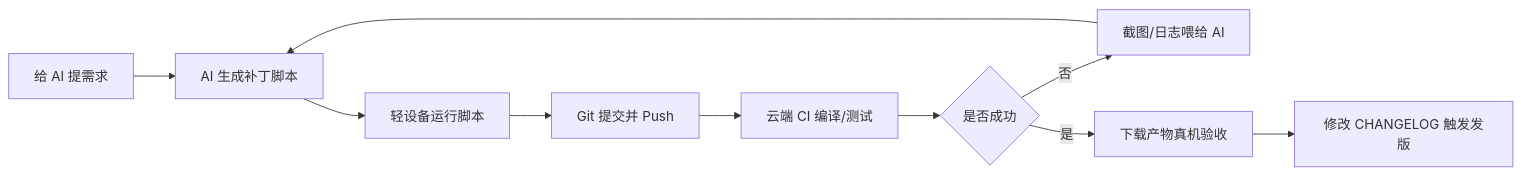
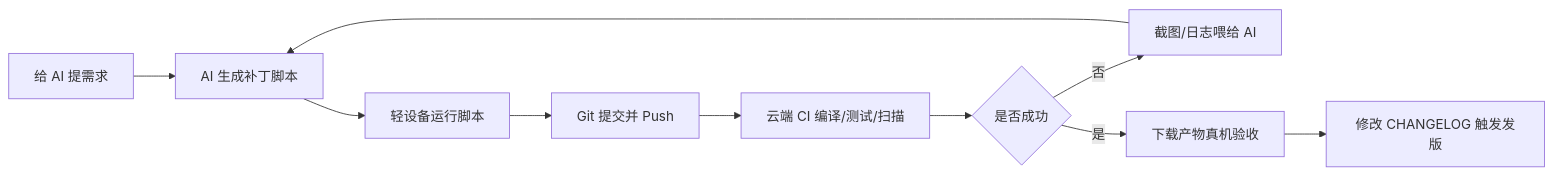
Before and after one commit to styisme/mobile-ai-dev-playbook: the diagram in README.md, drawn with Mermaid. The commit also changed other lines of this file, not shown here.

````diff
--- a/README.md
+++ b/README.md
@@ -150,12 +153,12 @@
 ```mermaid
 flowchart LR
     A[给 AI 提需求] --> B[AI 生成补丁脚本]
     B --> C[轻设备运行脚本]
     C --> D[Git 提交并 Push]
-    D --> E[云端 CI 编译/测试]
+    D --> E[云端 CI 编译/测试/扫描]
     E --> F{是否成功}
     F -- 否 --> G[截图/日志喂给 AI]
     G --> B
     F -- 是 --> H[下载产物真机验收]
     H --> I[修改 CHANGELOG 触发发版]
 ```
````
